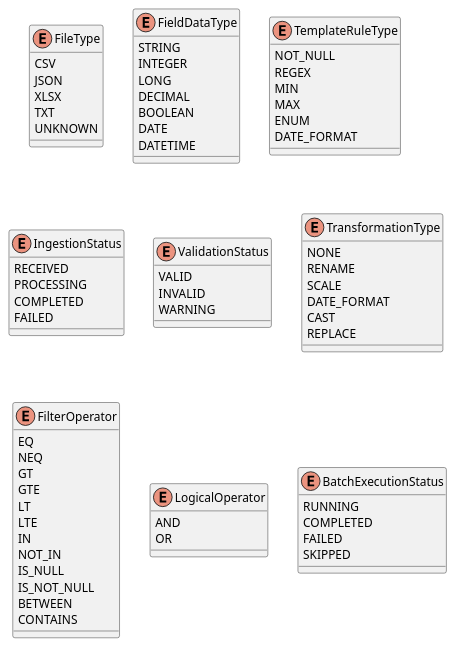
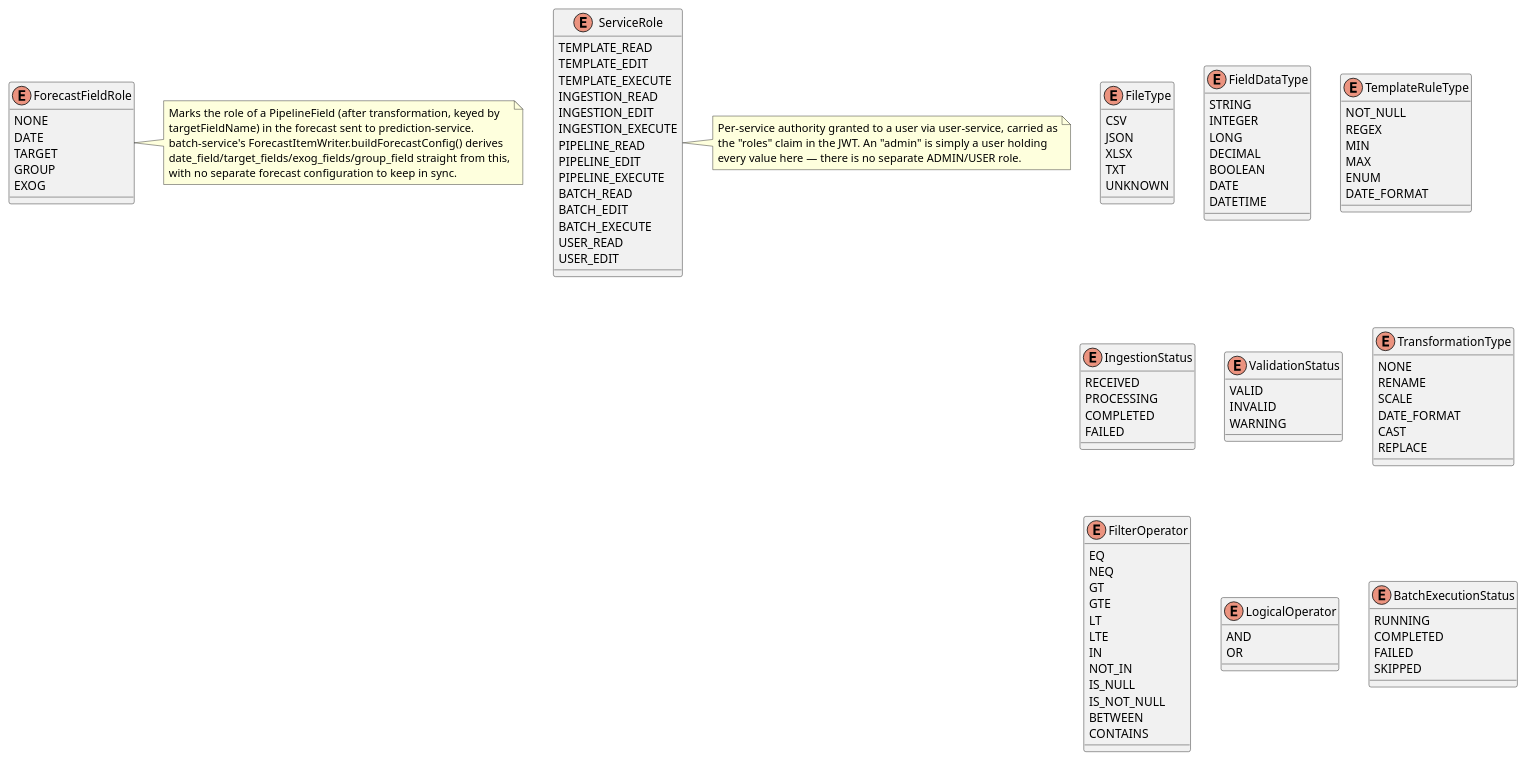
Before and after one commit to paulo-uab/salesPrevision: the diagram in docs/plantuml/12-enums.puml, drawn with PlantUML. The commit also changed 48 other files, not shown here.

```diff
--- a/docs/plantuml/12-enums.puml
+++ b/docs/plantuml/12-enums.puml
@@ -1,77 +1,114 @@
 @startuml enums
 enum FileType {
   CSV
   JSON
   XLSX
   TXT
   UNKNOWN
 }
 
 enum FieldDataType {
   STRING
   INTEGER
   LONG
   DECIMAL
   BOOLEAN
   DATE
   DATETIME
 }
 
 enum TemplateRuleType {
   NOT_NULL
   REGEX
   MIN
   MAX
   ENUM
   DATE_FORMAT
 }
 
 enum IngestionStatus {
   RECEIVED
   PROCESSING
   COMPLETED
   FAILED
 }
 
 enum ValidationStatus {
   VALID
   INVALID
   WARNING
 }
 
 enum TransformationType {
   NONE
   RENAME
   SCALE
   DATE_FORMAT
   CAST
   REPLACE
 }
 
 enum FilterOperator {
   EQ
   NEQ
   GT
   GTE
   LT
   LTE
   IN
   NOT_IN
   IS_NULL
   IS_NOT_NULL
   BETWEEN
   CONTAINS
 }
 
 enum LogicalOperator {
   AND
   OR
 }
 
 enum BatchExecutionStatus {
   RUNNING
   COMPLETED
   FAILED
   SKIPPED
 }
+
+enum ForecastFieldRole {
+  NONE
+  DATE
+  TARGET
+  GROUP
+  EXOG
+}
+note right of ForecastFieldRole
+  Marks the role of a PipelineField (after transformation, keyed by
+  targetFieldName) in the forecast sent to prediction-service.
+  batch-service's ForecastItemWriter.buildForecastConfig() derives
+  date_field/target_fields/exog_fields/group_field straight from this,
+  with no separate forecast configuration to keep in sync.
+end note
+
+enum ServiceRole {
+  TEMPLATE_READ
+  TEMPLATE_EDIT
+  TEMPLATE_EXECUTE
+  INGESTION_READ
+  INGESTION_EDIT
+  INGESTION_EXECUTE
+  PIPELINE_READ
+  PIPELINE_EDIT
+  PIPELINE_EXECUTE
+  BATCH_READ
+  BATCH_EDIT
+  BATCH_EXECUTE
+  USER_READ
+  USER_EDIT
+}
+note right of ServiceRole
+  Per-service authority granted to a user via user-service, carried as
+  the "roles" claim in the JWT. An "admin" is simply a user holding
+  every value here — there is no separate ADMIN/USER role.
+end note
 @enduml
```
